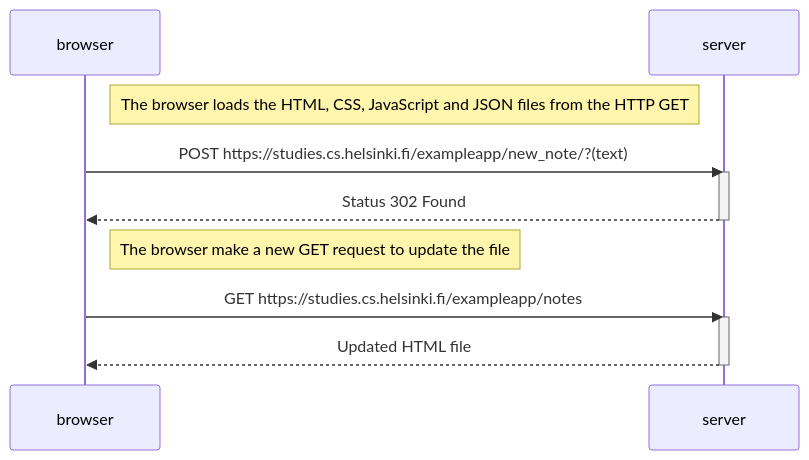
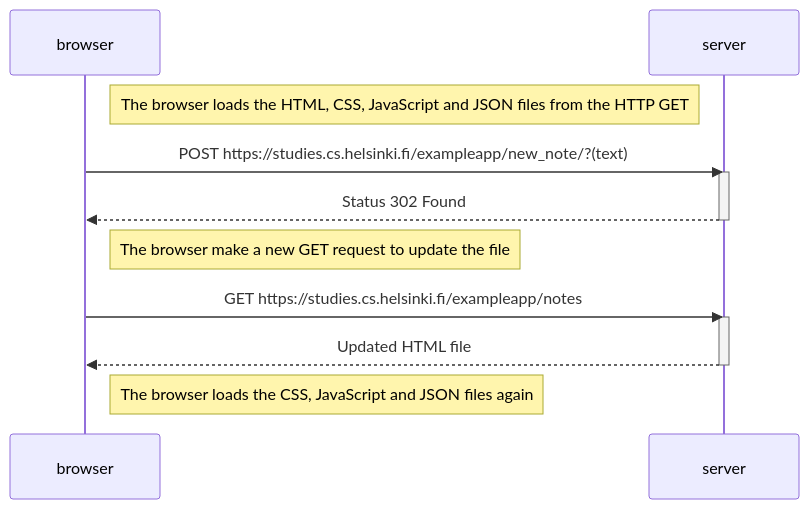
Before and after one commit to PedroCNeto/Fullstack-Open: the diagram in part0/0-4.md, drawn with Mermaid.

````diff
--- a/part0/0-4.md
+++ b/part0/0-4.md
@@ -3,20 +3,22 @@
 ```mermaid
 sequenceDiagram
     participant browser
     participant server
 
     Note right of browser: The browser loads the HTML, CSS, JavaScript and JSON files from the HTTP GET
 
     browser->>server: POST https://studies.cs.helsinki.fi/exampleapp/new_note/?(text)
     activate server
     server-->>browser: Status 302 Found
     deactivate server
 
     Note right of browser: The browser make a new GET request to update the file
 
     browser->>server: GET https://studies.cs.helsinki.fi/exampleapp/notes
     activate server
     server-->>browser: Updated HTML file
     deactivate server
 
+    Note right of browser: The browser loads the CSS, JavaScript and JSON files again
+
 ```
````
